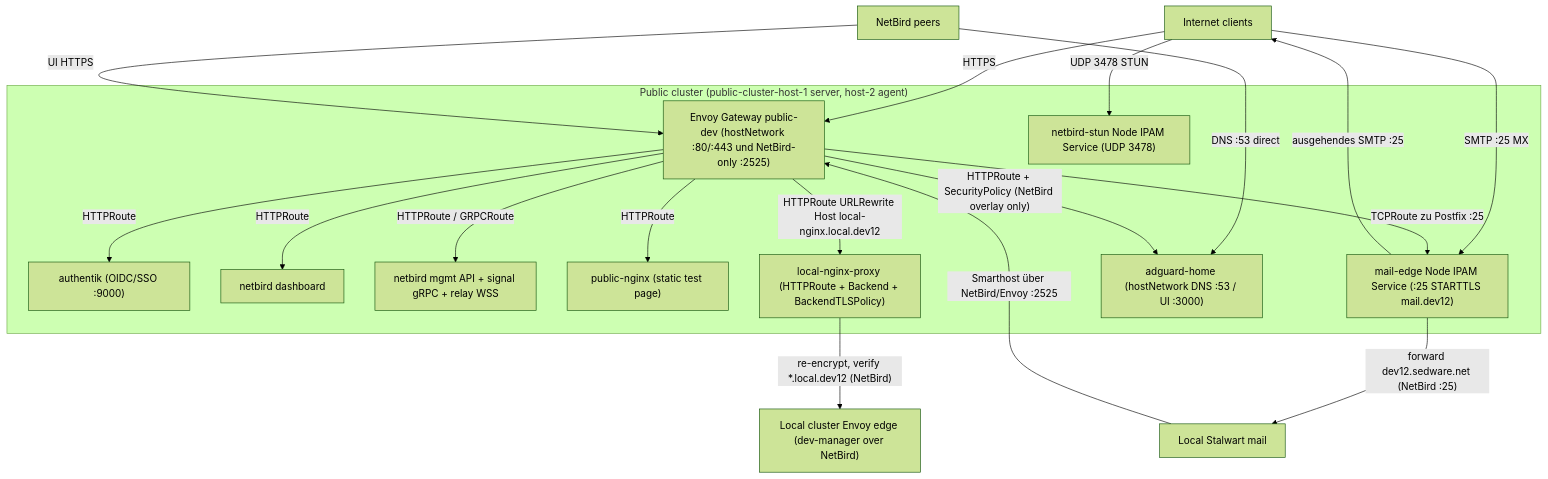
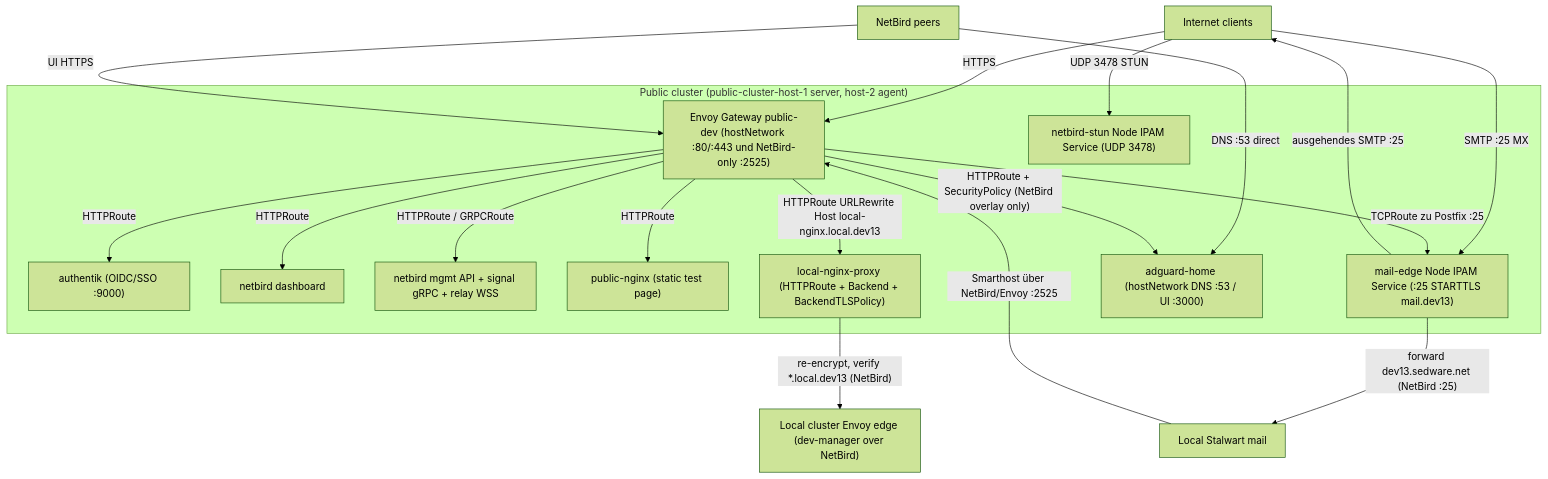
Before and after one commit to rowBeeX/public-cluster-kubernetes: the diagram in docs/architecture.md, drawn with Mermaid (forest theme). The commit also changed 20 other files, not shown here.

````diff
--- a/docs/architecture.md
+++ b/docs/architecture.md
@@ -44,38 +44,38 @@
 ```mermaid
 flowchart TB
   internet["Internet clients"]
   nbpeers["NetBird peers"]
   localedge["Local cluster Envoy edge (dev-manager over NetBird)"]
   stalwart["Local Stalwart mail"]
 
   subgraph public["Public cluster (public-cluster-host-1 server, host-2 agent)"]
     envoy["Envoy Gateway public-dev (hostNetwork :80/:443 und NetBird-only :2525)"]
     authentik["authentik (OIDC/SSO :9000)"]
     nbdash["netbird dashboard"]
     nbmgmt["netbird mgmt API + signal gRPC + relay WSS"]
     pubnginx["public-nginx (static test page)"]
     lnproxy["local-nginx-proxy (HTTPRoute + Backend + BackendTLSPolicy)"]
     stunsvc["netbird-stun Node IPAM Service (UDP 3478)"]
-    mailedge["mail-edge Node IPAM Service (:25 STARTTLS mail.dev12)"]
+    mailedge["mail-edge Node IPAM Service (:25 STARTTLS mail.dev13)"]
     adguard["adguard-home (hostNetwork DNS :53 / UI :3000)"]
   end
 
   internet -->|HTTPS| envoy
   envoy -->|HTTPRoute| authentik
   envoy -->|HTTPRoute| nbdash
   envoy -->|HTTPRoute / GRPCRoute| nbmgmt
   envoy -->|HTTPRoute| pubnginx
-  envoy -->|"HTTPRoute URLRewrite Host local-nginx.local.dev12"| lnproxy
-  lnproxy -->|"re-encrypt, verify *.local.dev12 (NetBird)"| localedge
+  envoy -->|"HTTPRoute URLRewrite Host local-nginx.local.dev13"| lnproxy
+  lnproxy -->|"re-encrypt, verify *.local.dev13 (NetBird)"| localedge
 
   internet -->|UDP 3478 STUN| stunsvc
   internet -->|SMTP :25 MX| mailedge
-  mailedge -->|"forward dev12.sedware.net (NetBird :25)"| stalwart
+  mailedge -->|"forward dev13.sedware.net (NetBird :25)"| stalwart
   stalwart -->|"Smarthost über NetBird/Envoy :2525"| envoy
   envoy -->|"TCPRoute zu Postfix :25"| mailedge
   mailedge -->|"ausgehendes SMTP :25"| internet
 
   nbpeers -->|DNS :53 direct| adguard
   nbpeers -->|UI HTTPS| envoy
   envoy -->|"HTTPRoute + SecurityPolicy (NetBird overlay only)"| adguard
 ```
````
